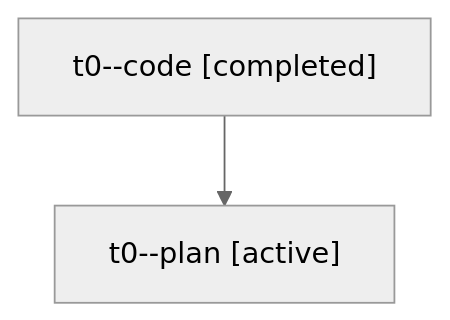
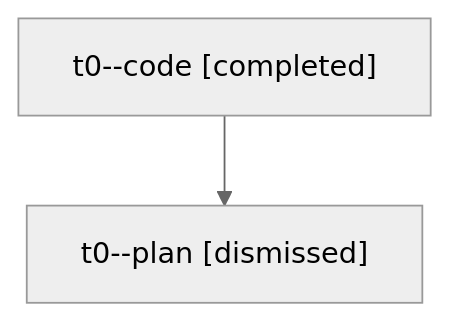
One commit to sase-org/sase--agents changed the diagram in sessions/bbugyi200.athena.t0.md. Above: the diagram before and after it, drawn with Mermaid (neutral theme). The commit also changed other lines of this file and 20 other files, not shown here.

````diff
--- a/sessions/bbugyi200.athena.t0.md
+++ b/sessions/bbugyi200.athena.t0.md
@@ -9,6 +9,6 @@
 ```mermaid
 flowchart TD
   n0["t0--code [completed]"]
-  n1["t0--plan [active]"]
+  n1["t0--plan [dismissed]"]
   n0 --> n1
 ```
````
